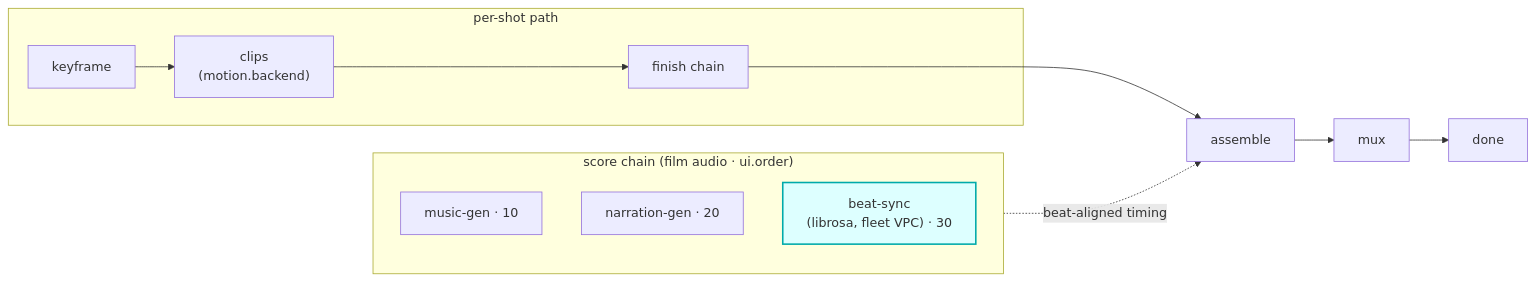
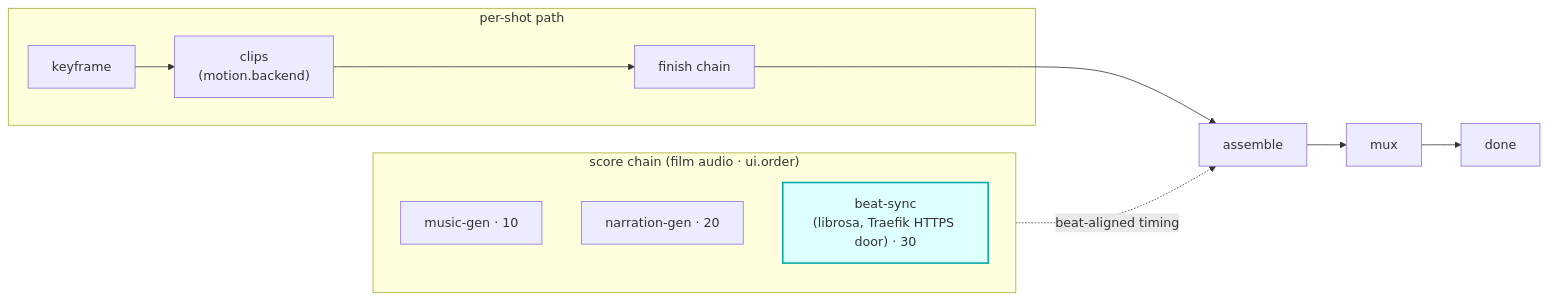
Before and after one commit to skyphusion-labs/vivijure-cf: the diagram in modules/beat-sync/README.md, drawn with Mermaid. The commit also changed other lines of this file and 19 other files, not shown here.

First line of the commit message:
fix(ui): leftover fleet VPC copy; upscale stays 2x/4x (#638)

````diff
--- a/modules/beat-sync/README.md
+++ b/modules/beat-sync/README.md
@@ -15,14 +16,14 @@
 ```mermaid
 flowchart LR
   subgraph shots["per-shot path"]
     kf["keyframe"] --> clips["clips<br/>(motion.backend)"] --> fin["finish chain"]
   end
   fin --> asm["assemble"] --> mux["mux"] --> done["done"]
   subgraph score["score chain (film audio · ui.order)"]
     mg["music-gen · 10"]
     ng["narration-gen · 20"]
-    bs["beat-sync<br/>(librosa, fleet VPC) · 30"]
+    bs["beat-sync<br/>(librosa, Traefik HTTPS door) · 30"]
   end
   score -. "beat-aligned timing" .-> asm
   style bs fill:#dff,stroke:#0aa,stroke-width:2px
 ```
````
